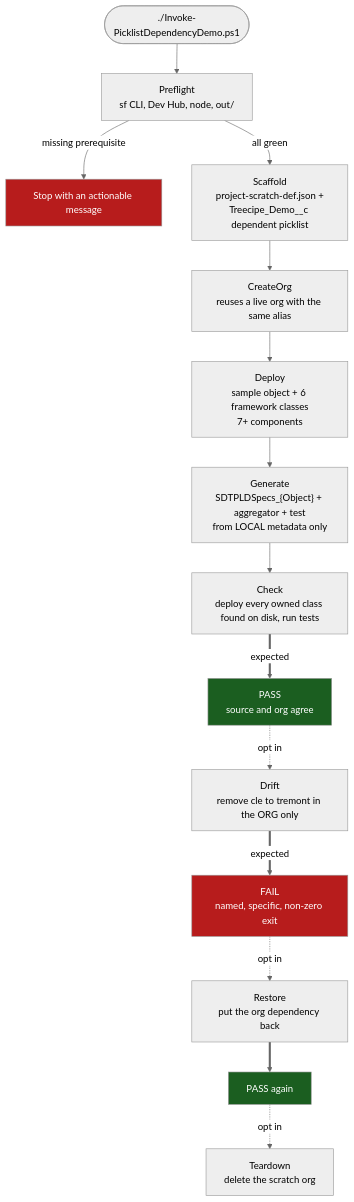
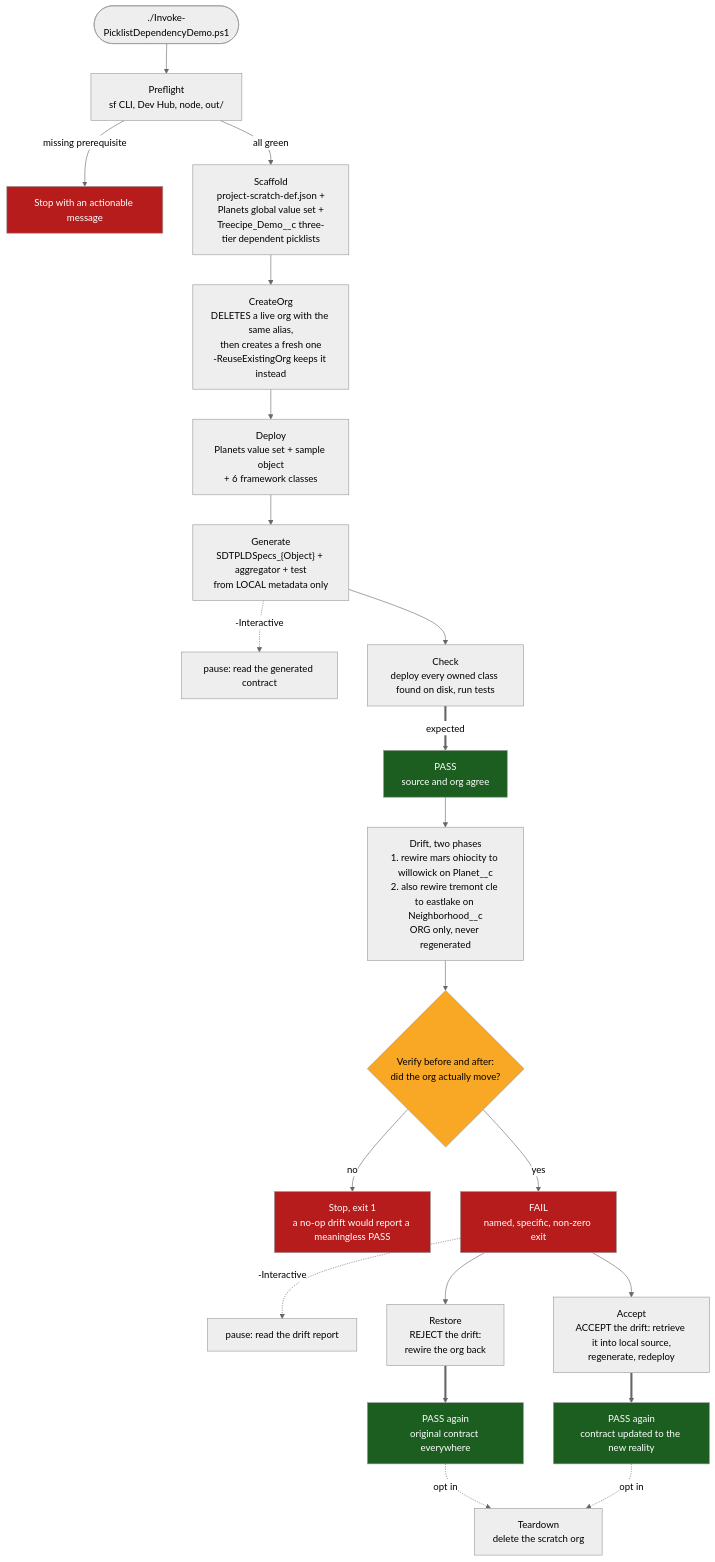
The second of 8 diagrams in scripts/picklist-dependency-demo/PICKLIST-DEPENDENCY-FLOW.md (jdschleicher/Salesforce-Data-Treecipe), drawn with Mermaid (neutral theme) before and after one commit. The commit also changed other lines of this file and 4 other files, not shown here.

First line of the commit message:
feat: one-command orchestration for the picklist dependency end-to-end run

````diff
--- a/scripts/picklist-dependency-demo/PICKLIST-DEPENDENCY-FLOW.md
+++ b/scripts/picklist-dependency-demo/PICKLIST-DEPENDENCY-FLOW.md
@@ -74,26 +75,37 @@
 ```mermaid
 flowchart TD
     START(["./Invoke-PicklistDependencyDemo.ps1"]) --> PRE
 
     PRE["Preflight<br/>sf CLI, Dev Hub, node, out/"]
     PRE -->|"missing prerequisite"| STOP["Stop with an actionable message"]
     PRE -->|"all green"| SCAF
 
-    SCAF["Scaffold<br/>project-scratch-def.json +<br/>Treecipe_Demo__c dependent picklist"]
-    SCAF --> CREATE["CreateOrg<br/>reuses a live org with the same alias"]
-    CREATE --> DEPLOY["Deploy<br/>sample object + 6 framework classes<br/>7+ components"]
+    SCAF["Scaffold<br/>project-scratch-def.json +<br/>Planets global value set +<br/>Treecipe_Demo__c three-tier dependent picklists"]
+    SCAF --> CREATE["CreateOrg<br/>DELETES a live org with the same alias,<br/>then creates a fresh one<br/>-ReuseExistingOrg keeps it instead"]
+    CREATE --> DEPLOY["Deploy<br/>Planets value set + sample object<br/>+ 6 framework classes"]
     DEPLOY --> GENERATE["Generate<br/>SDTPLDSpecs_{Object} + aggregator + test<br/>from LOCAL metadata only"]
+    GENERATE -.->|"-Interactive"| PAUSE1["pause: read the generated contract"]
     GENERATE --> CHECK["Check<br/>deploy every owned class found on disk, run tests"]
     CHECK ==>|"expected"| PASS1["PASS<br/>source and org agree"]
 
-    PASS1 -.->|"opt in"| DRIFT["Drift<br/>remove cle to tremont in the ORG only"]
-    DRIFT ==>|"expected"| FAIL["FAIL<br/>named, specific, non-zero exit"]
-    FAIL -.->|"opt in"| RESTORE["Restore<br/>put the org dependency back"]
-    RESTORE ==> PASS2["PASS again"]
+    PASS1 --> DRIFT["Drift, two phases<br/>1. rewire mars ohiocity to willowick on Planet__c<br/>2. also rewire tremont cle to eastlake on Neighborhood__c<br/>ORG only, never regenerated"]
+    DRIFT --> GUARD{"Verify before and after:<br/>did the org actually move?"}
+    GUARD -->|"no"| STOPDRIFT["Stop, exit 1<br/>a no-op drift would report a meaningless PASS"]
+    GUARD -->|"yes"| FAIL["FAIL<br/>named, specific, non-zero exit"]
+    FAIL -.->|"-Interactive"| PAUSE2["pause: read the drift report"]
+
+    FAIL --> REJECT["Restore<br/>REJECT the drift:<br/>rewire the org back"]
+    FAIL --> ACCEPT["Accept<br/>ACCEPT the drift: retrieve it into local source,<br/>regenerate, redeploy"]
+    REJECT ==> PASS2["PASS again<br/>original contract everywhere"]
+    ACCEPT ==> PASS3["PASS again<br/>contract updated to the new reality"]
     PASS2 -.->|"opt in"| TEAR["Teardown<br/>delete the scratch org"]
+    PASS3 -.->|"opt in"| TEAR
 
     style PASS1 fill:#1b5e20,color:#fff
     style PASS2 fill:#1b5e20,color:#fff
+    style PASS3 fill:#1b5e20,color:#fff
     style FAIL fill:#b71c1c,color:#fff
     style STOP fill:#b71c1c,color:#fff
+    style STOPDRIFT fill:#b71c1c,color:#fff
+    style GUARD fill:#f9a825,color:#000
 ```
````
